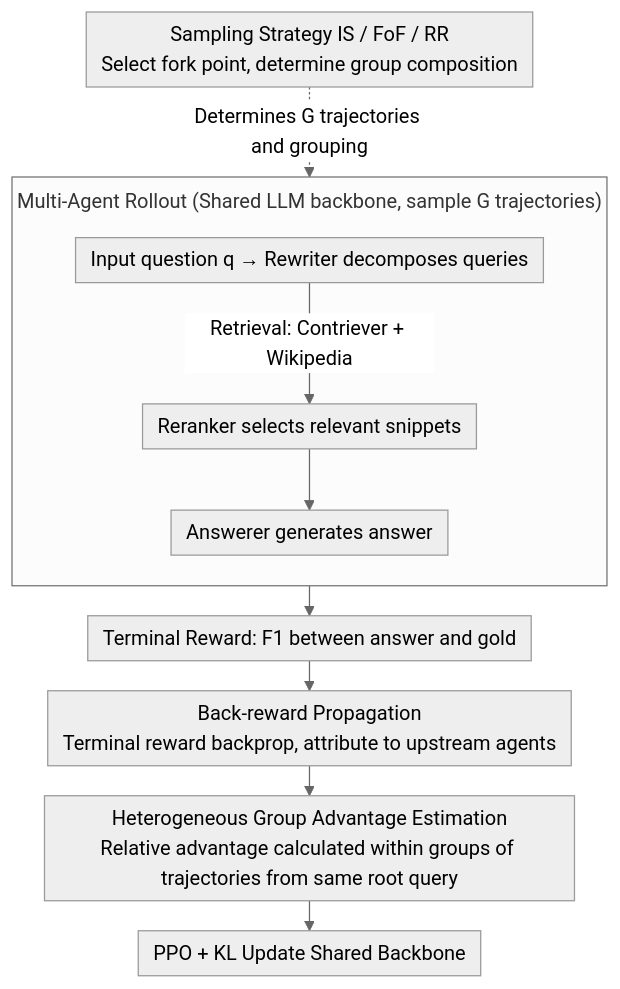
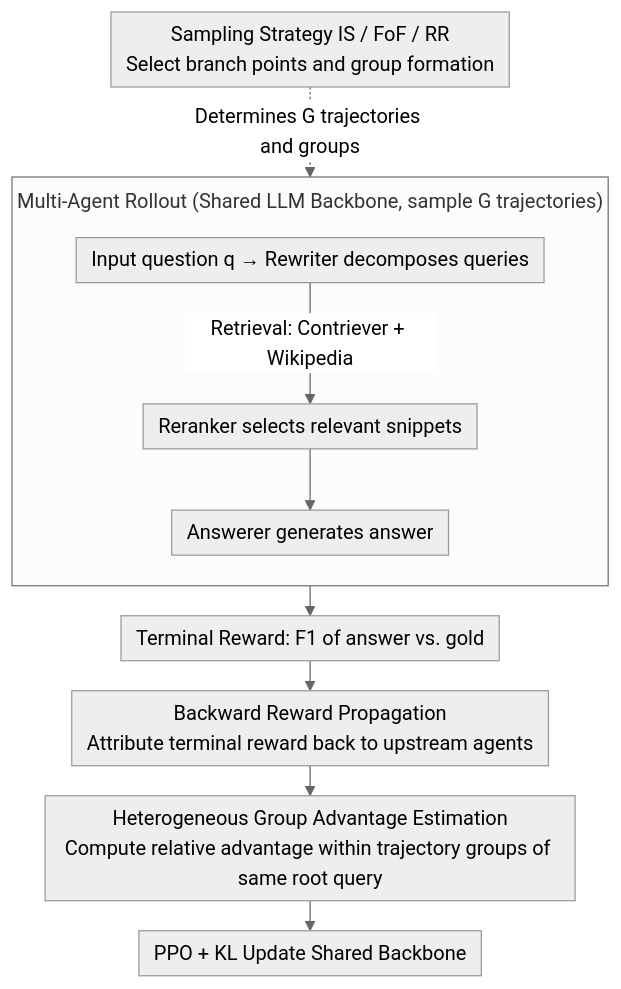
The diagram in docs/ACL2026/information_retrieval/end-to-end_optimization_of_llm-driven_multi-agent_search_systems_via_heterogeneo.md (zhaoyang97/Paper-Notes-en), drawn with Mermaid (neutral theme) before and after one commit. The commit also changed other lines of this file and 5084 other files, not shown here.

````diff
--- a/docs/ACL2026/information_retrieval/end-to-end_optimization_of_llm-driven_multi-agent_search_systems_via_heterogeneo.md
+++ b/docs/ACL2026/information_retrieval/end-to-end_optimization_of_llm-driven_multi-agent_search_systems_via_heterogeneo.md
@@ -46,14 +46,14 @@
 ```mermaid
 %%{init: {'flowchart': {'rankSpacing': 24, 'nodeSpacing': 28, 'padding': 6, 'wrappingWidth': 400, 'subGraphTitleMargin': {'top': 8, 'bottom': 16}}}}%%
 flowchart TD
-    subgraph RO["Multi-Agent Rollout (Shared LLM backbone, sample G trajectories)"]
+    subgraph RO["Multi-Agent Rollout (Shared LLM Backbone, sample G trajectories)"]
         direction TB
         RW["Input question q → Rewriter decomposes queries"] -->|"Retrieval: Contriever + Wikipedia"| RK["Reranker selects relevant snippets"]
         RK --> AN["Answerer generates answer"]
     end
-    RO --> REW["Terminal Reward: F1 between answer and gold"]
-    REW --> BP["Back-reward Propagation<br/>Terminal reward backprop, attribute to upstream agents"]
-    BP --> HG["Heterogeneous Group Advantage Estimation<br/>Relative advantage calculated within groups of trajectories from same root query"]
+    RO --> REW["Terminal Reward: F1 of answer vs. gold"]
+    REW --> BP["Backward Reward Propagation<br/>Attribute terminal reward back to upstream agents"]
+    BP --> HG["Heterogeneous Group Advantage Estimation<br/>Compute relative advantage within trajectory groups of same root query"]
     HG --> UP["PPO + KL Update Shared Backbone"]
-    SS["Sampling Strategy IS / FoF / RR<br/>Select fork point, determine group composition"] -.->|"Determines G trajectories and grouping"| RO
+    SS["Sampling Strategy IS / FoF / RR<br/>Select branch points and group formation"] -.->|"Determines G trajectories and groups"| RO
 ```
````
